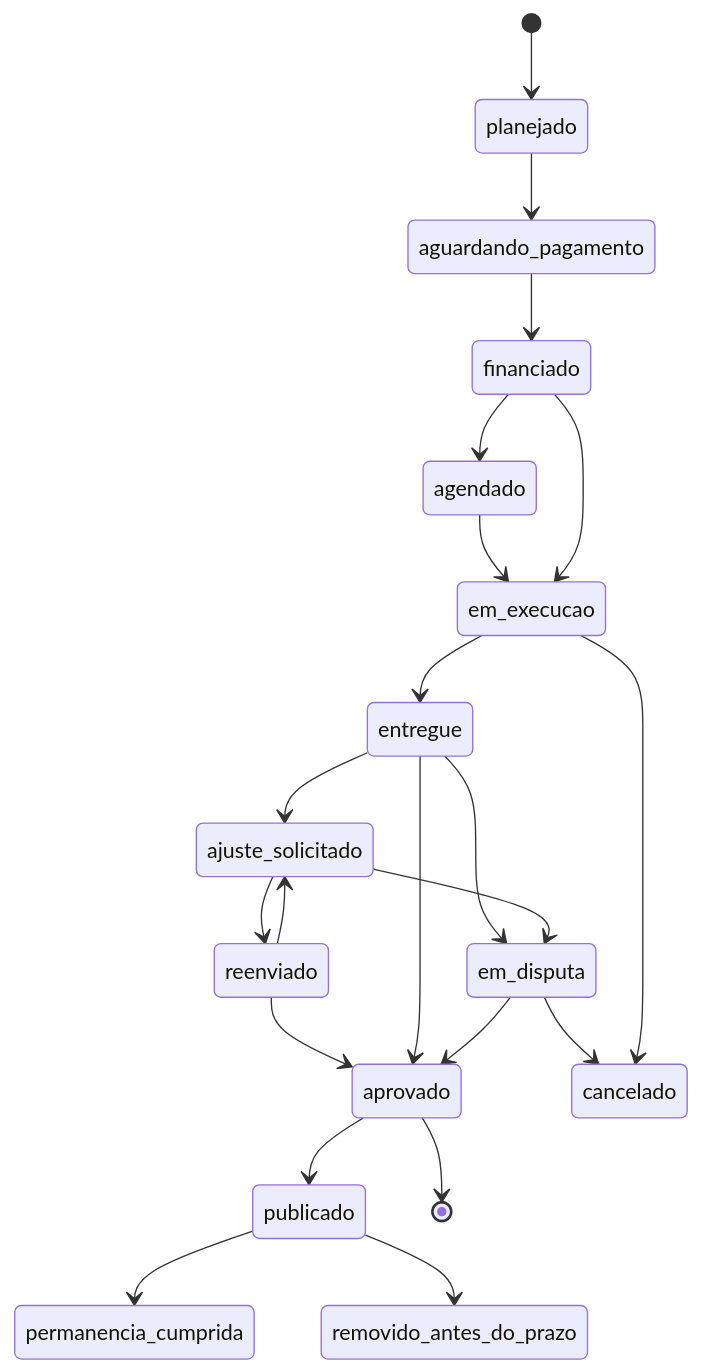
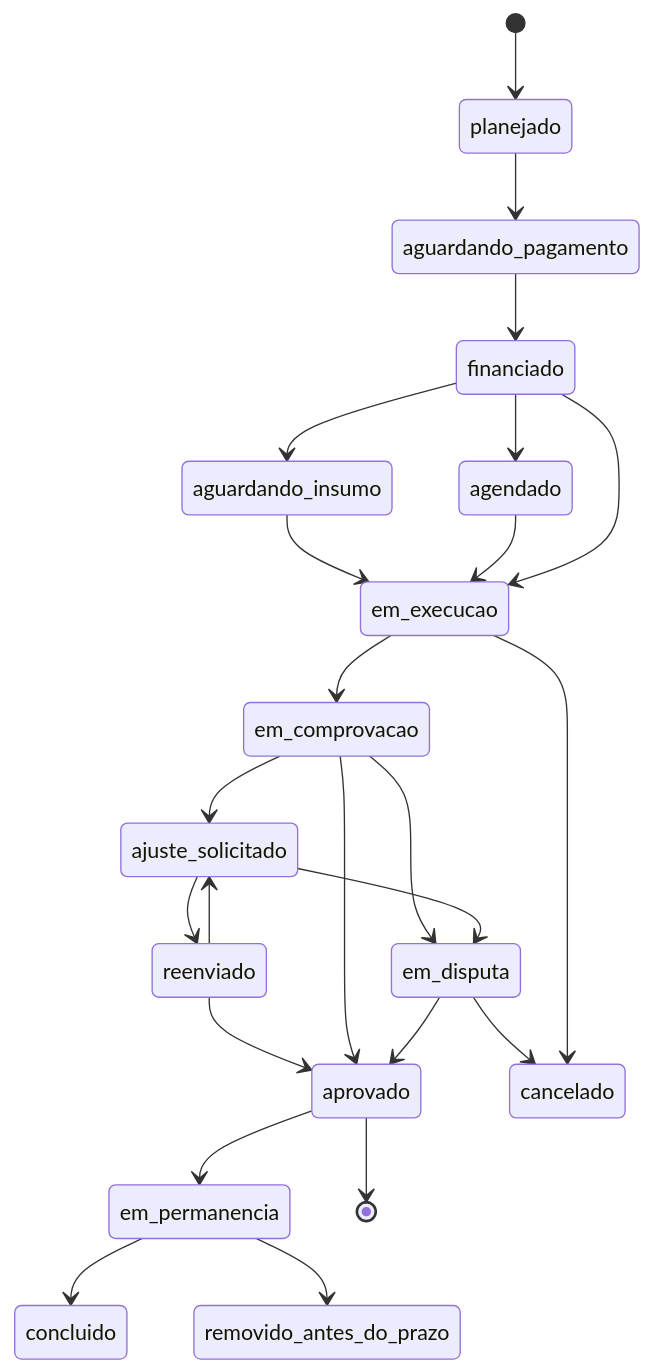
Before and after one commit to marcotuliobsouza/influentz-spec: the fourth of 4 diagrams in docs/MAQUINA-DE-ESTADOS.md, drawn with Mermaid. The commit also changed other lines of this file and 3 other files, not shown here.

````diff
--- a/docs/MAQUINA-DE-ESTADOS.md
+++ b/docs/MAQUINA-DE-ESTADOS.md
@@ -317,24 +317,26 @@
 ```mermaid
 stateDiagram-v2
     [*] --> planejado
     planejado --> aguardando_pagamento
     aguardando_pagamento --> financiado
+    financiado --> aguardando_insumo
+    aguardando_insumo --> em_execucao
     financiado --> agendado
     agendado --> em_execucao
     financiado --> em_execucao
-    em_execucao --> entregue
-    entregue --> ajuste_solicitado
+    em_execucao --> em_comprovacao
+    em_comprovacao --> ajuste_solicitado
     ajuste_solicitado --> reenviado
     reenviado --> ajuste_solicitado
     reenviado --> aprovado
-    entregue --> aprovado
-    aprovado --> publicado
-    publicado --> permanencia_cumprida
-    publicado --> removido_antes_do_prazo
-    entregue --> em_disputa
+    em_comprovacao --> aprovado
+    aprovado --> em_permanencia
+    em_permanencia --> concluido
+    em_permanencia --> removido_antes_do_prazo
+    em_comprovacao --> em_disputa
     ajuste_solicitado --> em_disputa
     em_disputa --> aprovado
     em_disputa --> cancelado
     em_execucao --> cancelado
     aprovado --> [*]
 ```
````
